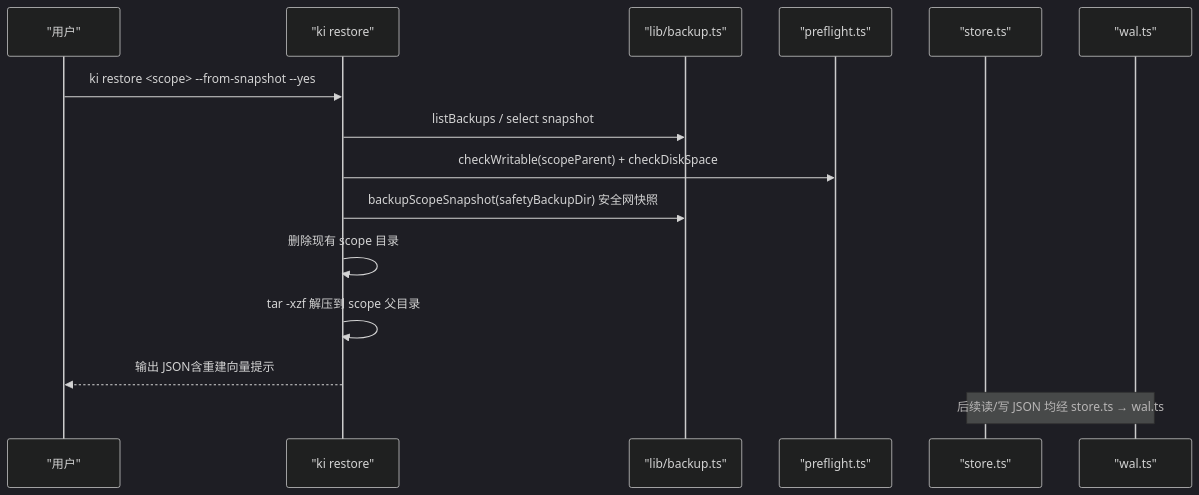
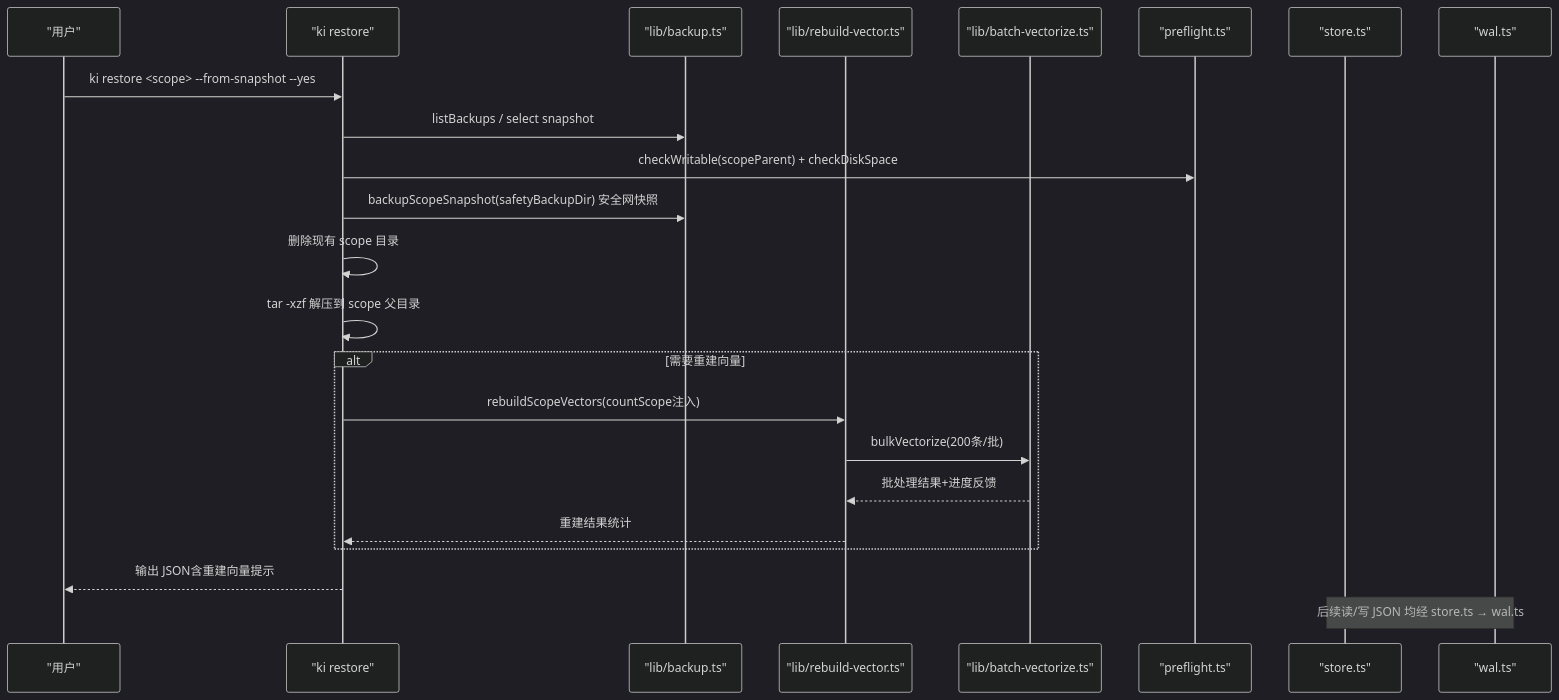
Before and after one commit to HACK-WU/kisearch: the third of 8 diagrams in .qoder/repowiki/zh/content/知识库管理/备份恢复机制.md, drawn with Mermaid (dark theme). The commit also changed other lines of this file and 129 other files, not shown here.

````diff
--- a/.qoder/repowiki/zh/content/知识库管理/备份恢复机制.md
+++ b/.qoder/repowiki/zh/content/知识库管理/备份恢复机制.md
@@ -106,17 +128,25 @@
 ```mermaid
 sequenceDiagram
 participant U as "用户"
 participant RS as "ki restore"
 participant BL as "lib/backup.ts"
+participant RV as "lib/rebuild-vector.ts"
+participant BV as "lib/batch-vectorize.ts"
 participant PF as "preflight.ts"
 participant ST as "store.ts"
 participant WL as "wal.ts"
 U->>RS : ki restore <scope> --from-snapshot --yes
 RS->>BL : listBackups / select snapshot
 RS->>PF : checkWritable(scopeParent) + checkDiskSpace
 RS->>BL : backupScopeSnapshot(safetyBackupDir) 安全网快照
 RS->>RS : 删除现有 scope 目录
 RS->>RS : tar -xzf 解压到 scope 父目录
+alt 需要重建向量
+RS->>RV : rebuildScopeVectors(countScope注入)
+RV->>BV : bulkVectorize(200条/批)
+BV-->>RV : 批处理结果+进度反馈
+RV-->>RS : 重建结果统计
+end
 RS-->>U : 输出 JSON含重建向量提示
 Note over ST,WL : 后续读/写 JSON 均经 store.ts → wal.ts
 ```
````
